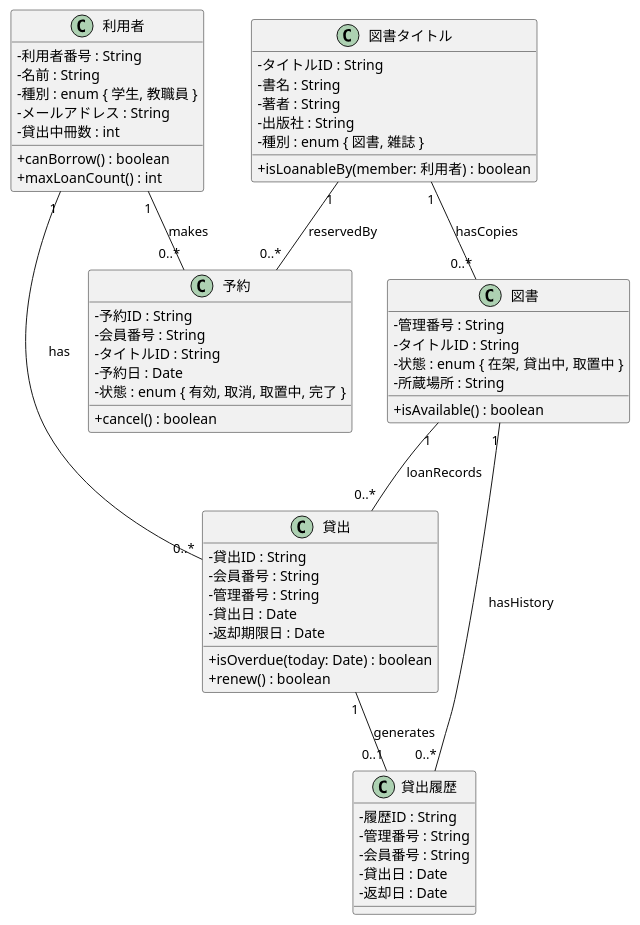
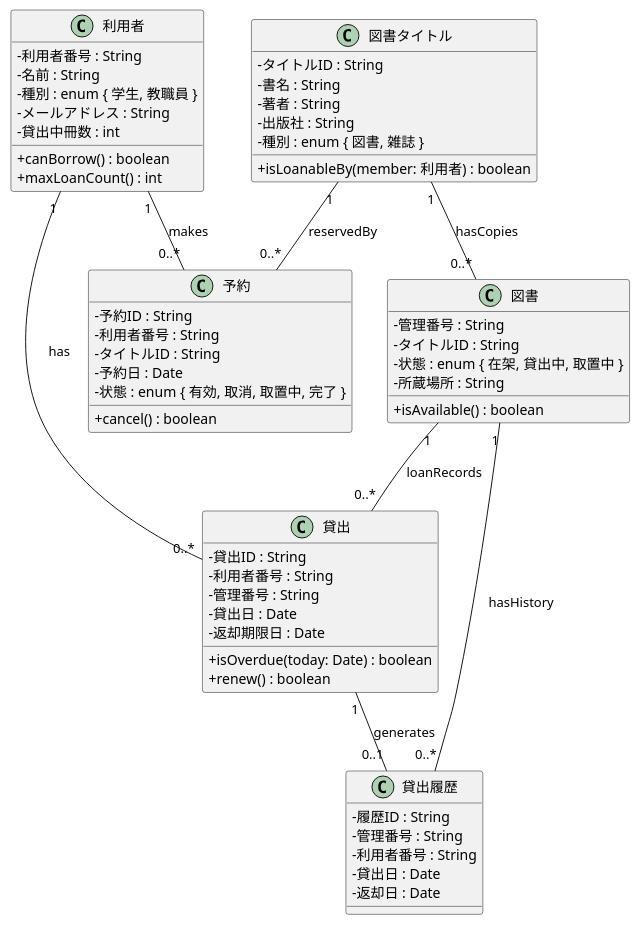
One commit to ghbuser12/ohara_uml changed the diagram in kouka2_library/class.pu. Above: the diagram before and after it, drawn with PlantUML.

```diff
--- a/kouka2_library/class.pu
+++ b/kouka2_library/class.pu
@@ -1,68 +1,68 @@
 @startuml kouka2_library
 skinparam classAttributeIconSize 0
 
 class 利用者 {
   - 利用者番号 : String
   - 名前 : String
   - 種別 : enum { 学生, 教職員 }
   - メールアドレス : String
   - 貸出中冊数 : int
   + canBorrow() : boolean
   + maxLoanCount() : int
 }
 
 class 図書タイトル {
   - タイトルID : String
   - 書名 : String
   - 著者 : String
   - 出版社 : String
   - 種別 : enum { 図書, 雑誌 }
   + isLoanableBy(member: 利用者) : boolean
 }
 
 class 図書 {
   ' 本1冊を表す（所蔵単位）
   - 管理番号 : String
   - タイトルID : String
   - 状態 : enum { 在架, 貸出中, 取置中 }
   - 所蔵場所 : String
   + isAvailable() : boolean
 }
 
 class 貸出 {
   - 貸出ID : String
-  - 会員番号 : String
+  - 利用者番号 : String
   - 管理番号 : String
   - 貸出日 : Date
   - 返却期限日 : Date
   + isOverdue(today: Date) : boolean
   + renew() : boolean
 }
 
 class 予約 {
   - 予約ID : String
-  - 会員番号 : String
+  - 利用者番号 : String
   - タイトルID : String
   - 予約日 : Date
   - 状態 : enum { 有効, 取消, 取置中, 完了 }
   + cancel() : boolean
 }
 
 class 貸出履歴 {
   - 履歴ID : String
   - 管理番号 : String
-  - 会員番号 : String
+  - 利用者番号 : String
   - 貸出日 : Date
   - 返却日 : Date
 }
 
 ' 関連
 利用者 "1" -- "0..*" 貸出 : has
 利用者 "1" -- "0..*" 予約 : makes
 図書タイトル "1" -- "0..*" 図書 : hasCopies
 図書タイトル "1" -- "0..*" 予約 : reservedBy
 図書 "1" -- "0..*" 貸出 : loanRecords
 図書 "1" -- "0..*" 貸出履歴 : hasHistory
 貸出 "1" -- "0..1" 貸出履歴 : generates
 
 @enduml
```
